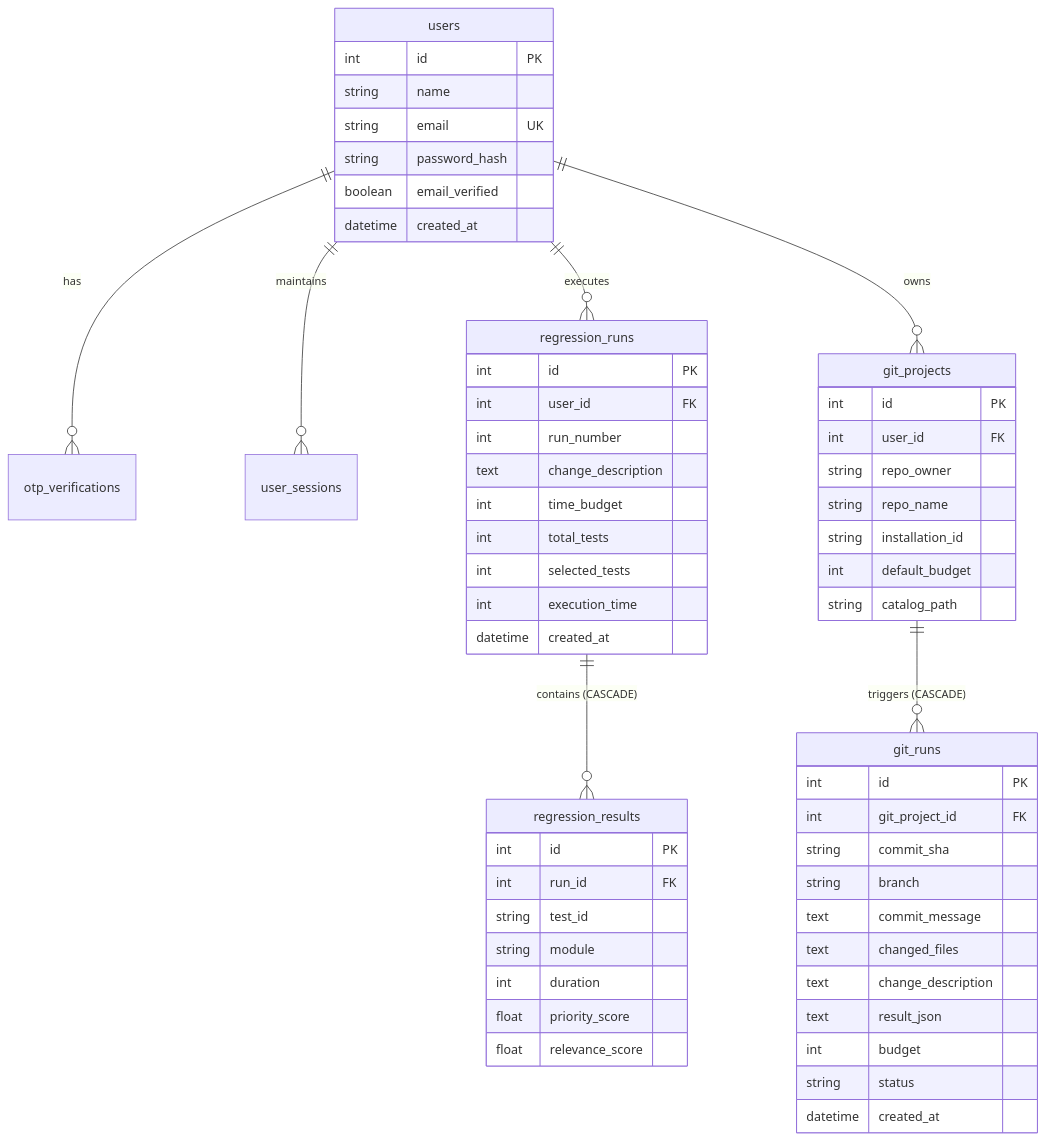
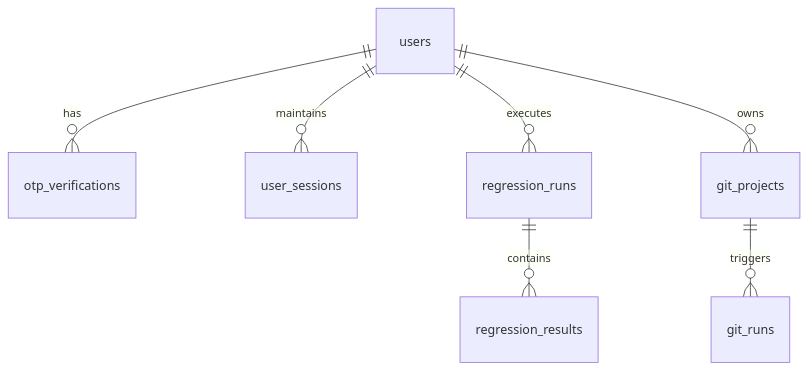
One commit to Rakshithh-K/Smart-Regression-Suite-Optimizer changed the third of 3 diagrams in README.md. Above: the diagram before and after it, drawn with Mermaid. The commit also changed other lines of this file, not shown here.

Commit message:
docs: clean and update project README

````diff
--- a/README.md
+++ b/README.md
@@ -485,64 +988,9 @@
 ```mermaid
 erDiagram
-    users ||--o{ otp_verifications : "has"
-    users ||--o{ user_sessions : "maintains"
-    users ||--o{ regression_runs : "executes"
-    users ||--o{ git_projects : "owns"
-    regression_runs ||--o{ regression_results : "contains (CASCADE)"
-    git_projects ||--o{ git_runs : "triggers (CASCADE)"
-
-    users {
-        int id PK
-        string name
-        string email UK
-        string password_hash
-        boolean email_verified
-        datetime created_at
-    }
-
-    regression_runs {
-        int id PK
-        int user_id FK
-        int run_number
-        text change_description
-        int time_budget
-        int total_tests
-        int selected_tests
-        int execution_time
-        datetime created_at
-    }
-
-    regression_results {
-        int id PK
-        int run_id FK
-        string test_id
-        string module
-        int duration
-        float priority_score
-        float relevance_score
-    }
-
-    git_projects {
-        int id PK
-        int user_id FK
-        string repo_owner
-        string repo_name
-        string installation_id
-        int default_budget
-        string catalog_path
-    }
-
-    git_runs {
-        int id PK
-        int git_project_id FK
-        string commit_sha
-        string branch
-        text commit_message
-        text changed_files
-        text change_description
-        text result_json
-        int budget
-        string status
-        datetime created_at
-    }
+    users ||--o{ otp_verifications : has
+    users ||--o{ user_sessions : maintains
+    users ||--o{ regression_runs : executes
+    users ||--o{ git_projects : owns
+    regression_runs ||--o{ regression_results : contains
+    git_projects ||--o{ git_runs : triggers
 ```
````
